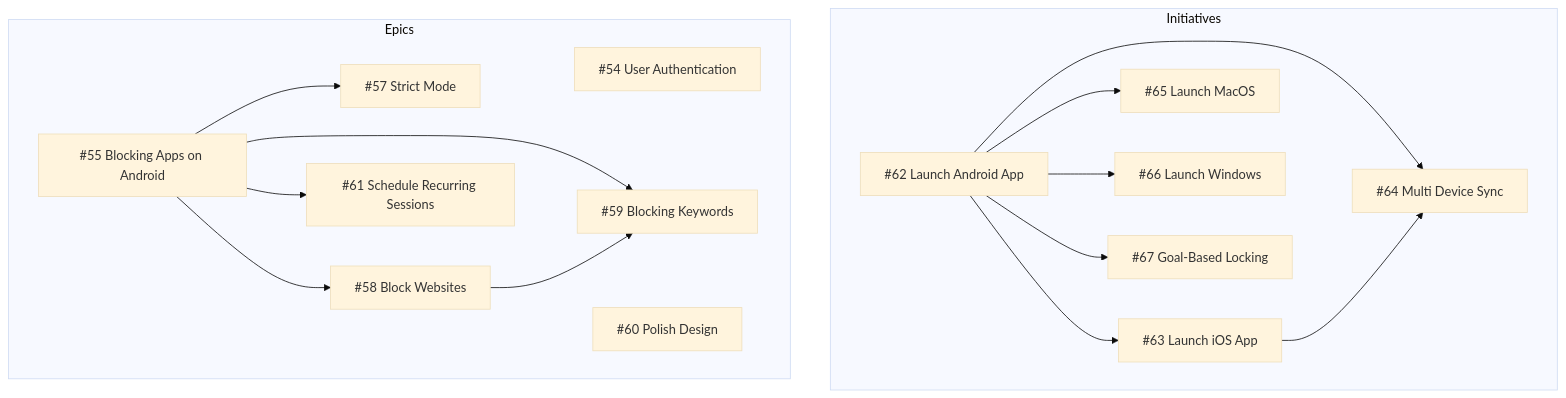
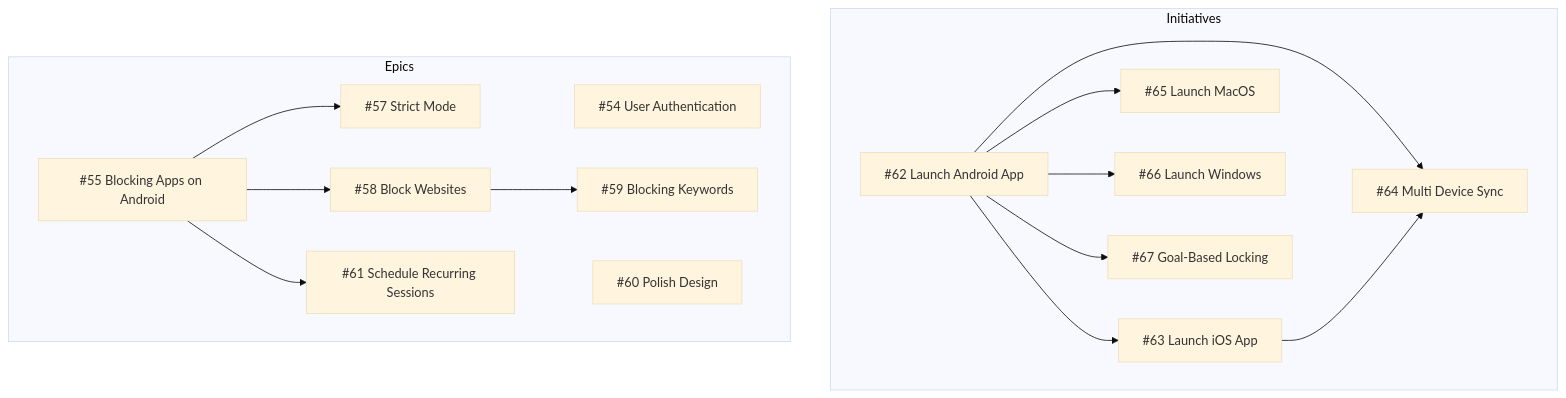
The first of 3 diagrams in docs/TICKET-DEPENDENCY-GRAPH.md (amehmeto/TiedSiren51), drawn with Mermaid (base theme) before and after one commit. The commit also changed other lines of this file, not shown here.

First line of the commit message:
docs: sync dependency graph with all open tickets

````diff
--- a/docs/TICKET-DEPENDENCY-GRAPH.md
+++ b/docs/TICKET-DEPENDENCY-GRAPH.md
@@ -7,36 +70,35 @@
 ```mermaid
 flowchart TD
     subgraph Initiatives
         I62["#62 Launch Android App"]
         I63["#63 Launch iOS App"]
         I64["#64 Multi Device Sync"]
         I65["#65 Launch MacOS"]
         I66["#66 Launch Windows"]
         I67["#67 Goal-Based Locking"]
     end
 
     subgraph Epics
         E54["#54 User Authentication"]
         E55["#55 Blocking Apps on Android"]
         E57["#57 Strict Mode"]
         E58["#58 Block Websites"]
         E59["#59 Blocking Keywords"]
         E60["#60 Polish Design"]
         E61["#61 Schedule Recurring Sessions"]
     end
 
     %% Initiative dependencies
     I62 --> I63
     I62 --> I64
     I63 --> I64
     I62 --> I65
     I62 --> I66
     I62 --> I67
 
     %% Epic dependencies
     E55 --> E57
     E55 --> E58
     E55 --> E61
-    E55 --> E59
     E58 --> E59
 ```
````
